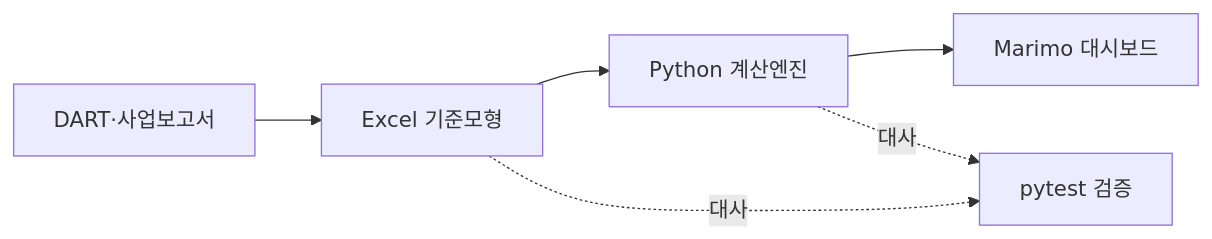
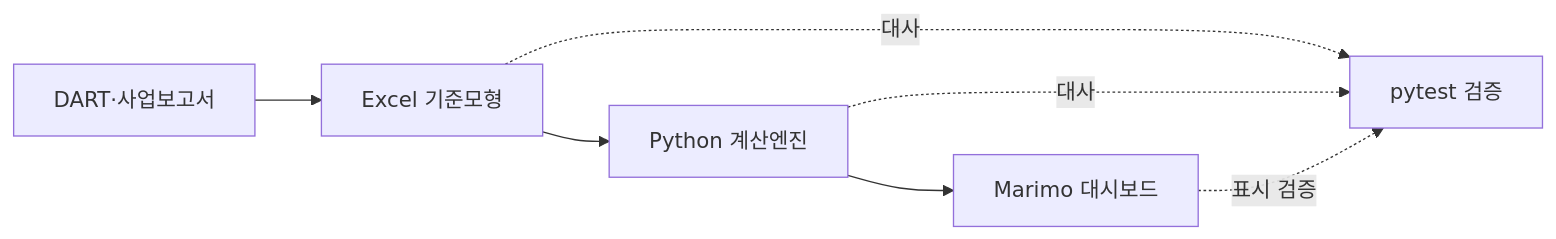
The second of 2 diagrams in README.md (hahnjune0118/Orion_DCF_Valuation), drawn with Mermaid before and after one commit. The commit also changed other lines of this file, not shown here.

````diff
--- a/README.md
+++ b/README.md
@@ -85,8 +140,9 @@
 ```mermaid
 flowchart LR
     A[DART·사업보고서] --> B[Excel 기준모형]
     B --> C[Python 계산엔진]
     C --> D[Marimo 대시보드]
     B -. 대사 .-> E[pytest 검증]
     C -. 대사 .-> E
+    D -. 표시 검증 .-> E
 ```
````
